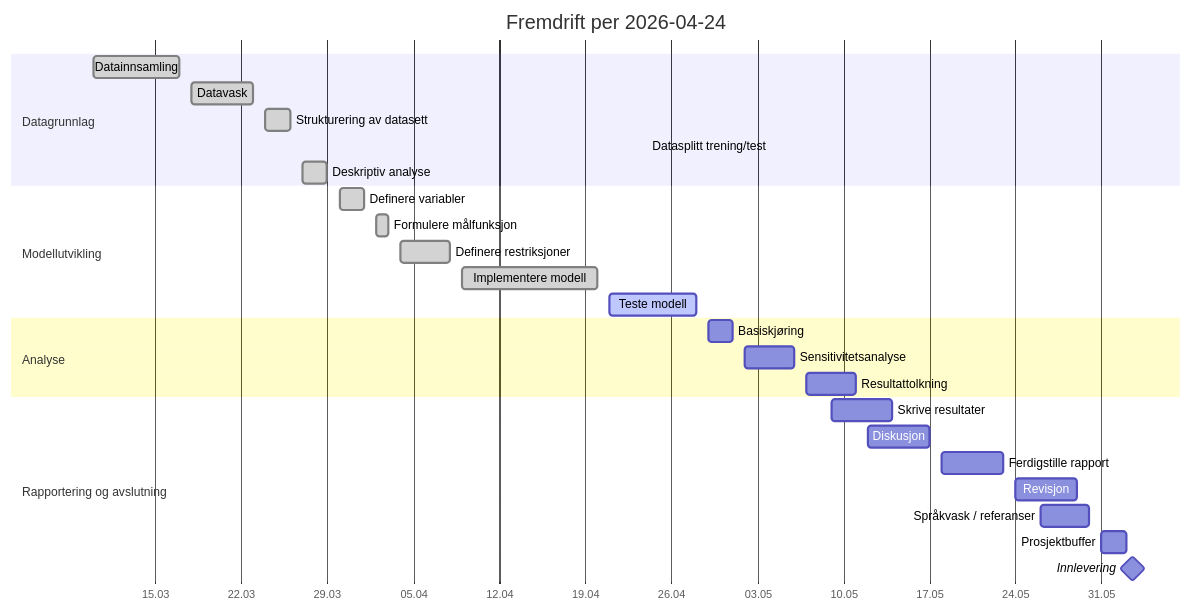
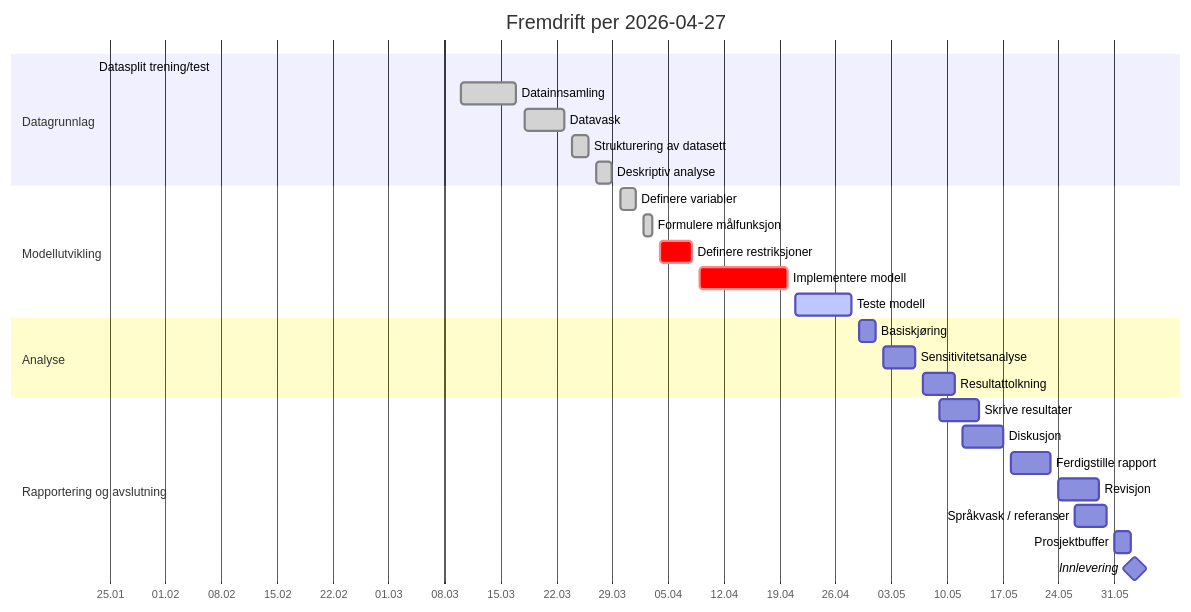
The diagram in 012 fase 2 - plan/status.md (LOG650/G21-sespamalstreken-chablis), drawn with Mermaid before and after one commit. The commit also changed other lines of this file and 9 other files, not shown here.

````diff
--- a/012 fase 2 - plan/status.md
+++ b/012 fase 2 - plan/status.md
@@ -116,34 +122,34 @@
 ```mermaid
 gantt
-    title Fremdrift per 2026-04-24
+    title Fremdrift per 2026-04-27
     dateFormat  YYYY-MM-DD
     axisFormat  %d.%m
 
     section Datagrunnlag
+    Datasplit trening/test        :done, a0, 2026-01-23, 2026-01-23
     Datainnsamling                 :done, a1, 2026-03-10, 2026-03-17
     Datavask                       :done, a2, 2026-03-18, 2026-03-23
     Strukturering av datasett      :done, a3, 2026-03-24, 2026-03-26
-    Datasplitt trening/test        :done, a4, 2026-04-24, 2026-04-24
-    Deskriptiv analyse             :done, a5, 2026-03-27, 2026-03-29
+    Deskriptiv analyse             :done, a4, 2026-03-27, 2026-03-29
 
     section Modellutvikling
     Definere variabler             :done, b1, 2026-03-30, 2026-04-01
     Formulere målfunksjon          :done, b2, 2026-04-02, 2026-04-03
-    Definere restriksjoner         :done, b3, 2026-04-04, 2026-04-08
-    Implementere modell            :done, b4, 2026-04-09, 2026-04-20
+    Definere restriksjoner         :crit, b3, 2026-04-04, 2026-04-08
+    Implementere modell            :crit, b4, 2026-04-09, 2026-04-20
     Teste modell                   :active, b5, 2026-04-21, 2026-04-28
 
     section Analyse
     Basiskjøring                   :c1, 2026-04-29, 2026-05-01
     Sensitivitetsanalyse           :c2, 2026-05-02, 2026-05-06
     Resultattolkning               :c3, 2026-05-07, 2026-05-11
 
     section Rapportering og avslutning
     Skrive resultater              :d1, 2026-05-09, 2026-05-14
     Diskusjon                      :d2, 2026-05-12, 2026-05-17
     Ferdigstille rapport           :d3, 2026-05-18, 2026-05-23
     Revisjon                       :d4, 2026-05-24, 2026-05-29
     Språkvask / referanser         :d5, 2026-05-26, 2026-05-30
     Prosjektbuffer                 :d6, 2026-05-31, 2026-06-02
     Innlevering                    :milestone, d7, 2026-06-02, 1d
 ```
````
